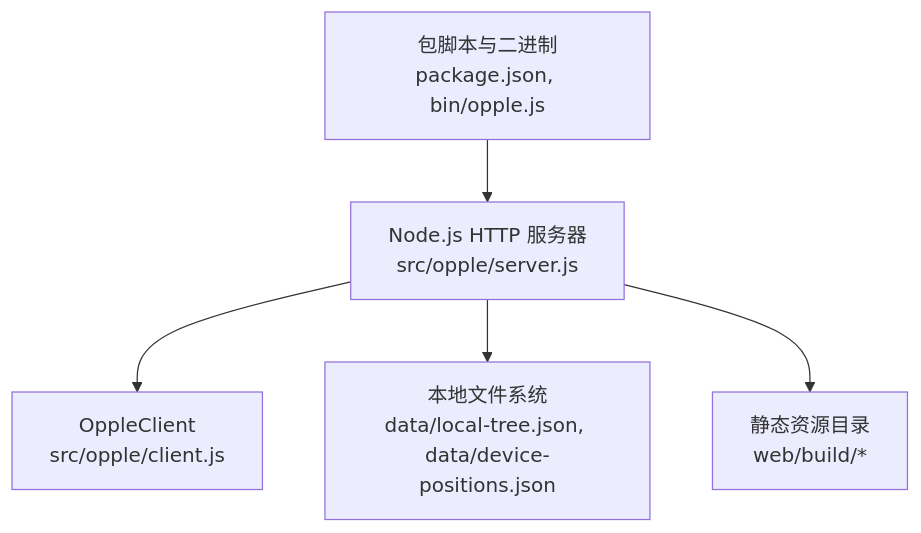
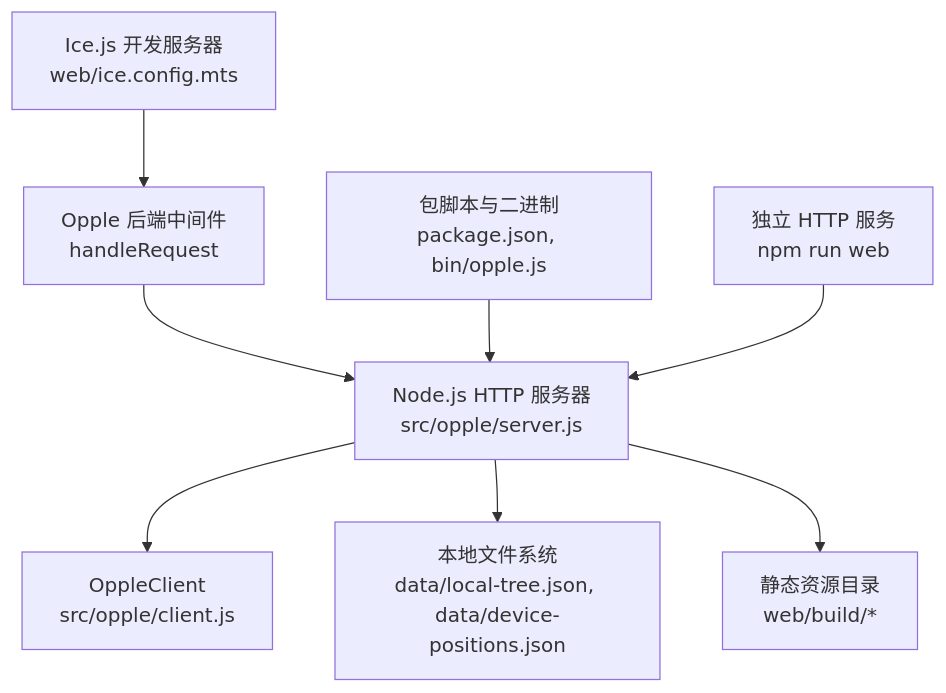
The first of 13 diagrams in .qoder/repowiki/zh/content/核心模块详解/Server 服务端模块.md (zh79325/opple-cloud-adapter), drawn with Mermaid before and after one commit. The commit also changed other lines of this file and 30 other files, not shown here.

````diff
--- a/.qoder/repowiki/zh/content/核心模块详解/Server 服务端模块.md
+++ b/.qoder/repowiki/zh/content/核心模块详解/Server 服务端模块.md
@@ -39,7 +48,10 @@
 ```mermaid
 graph TB
-A["Node.js HTTP 服务器<br/>src/opple/server.js"] --> B["OppleClient<br/>src/opple/client.js"]
-A --> C["本地文件系统<br/>data/local-tree.json, data/device-positions.json"]
-A --> D["静态资源目录<br/>web/build/*"]
-E["包脚本与二进制<br/>package.json, bin/opple.js"] --> A
+A["Ice.js 开发服务器<br/>web/ice.config.mts"] --> B["Opple 后端中间件<br/>handleRequest"]
+B --> C["Node.js HTTP 服务器<br/>src/opple/server.js"]
+C --> D["OppleClient<br/>src/opple/client.js"]
+C --> E["本地文件系统<br/>data/local-tree.json, data/device-positions.json"]
+C --> F["静态资源目录<br/>web/build/*"]
+G["包脚本与二进制<br/>package.json, bin/opple.js"] --> C
+H["独立 HTTP 服务<br/>npm run web"] --> C
 ```
````
